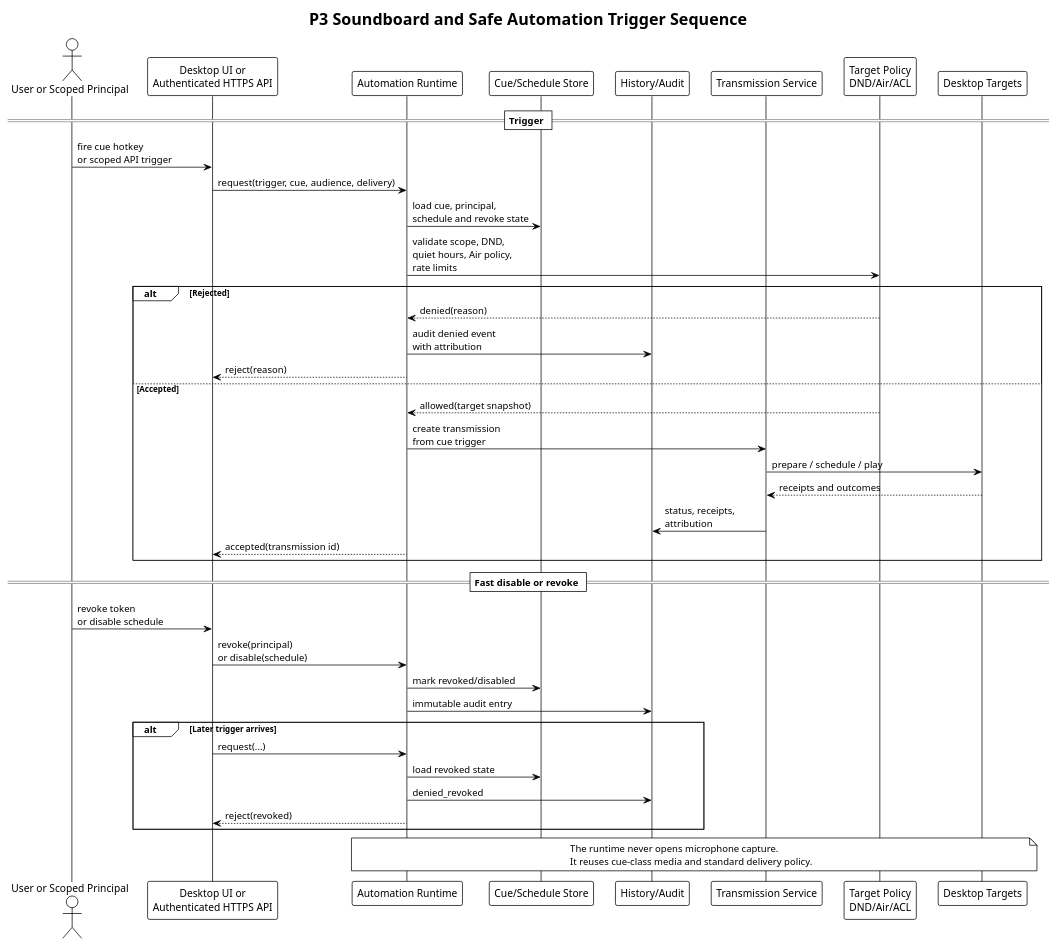
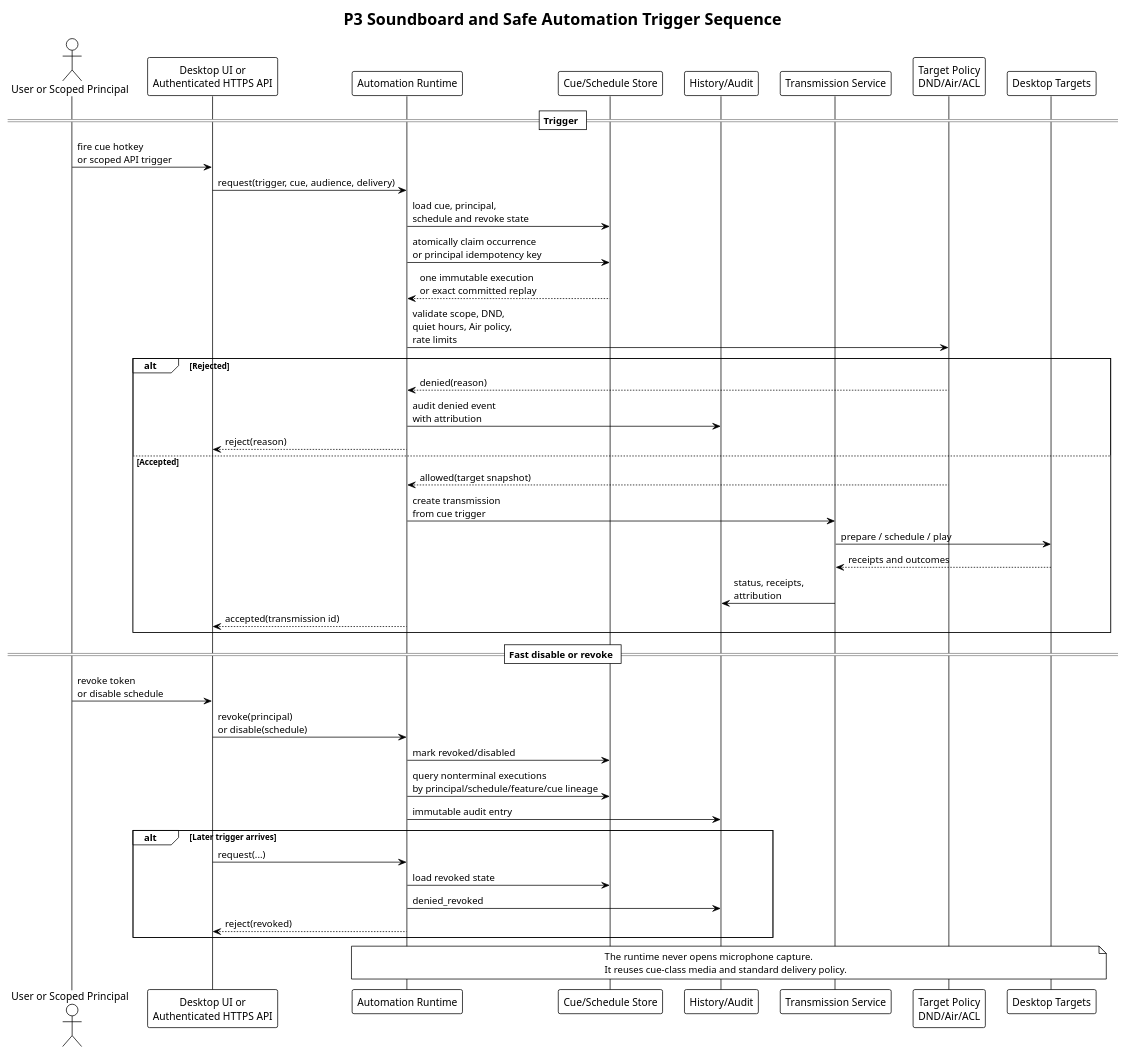
Before and after one commit to relux-works/barycenter: the diagram in docs/diagrams/p3-soundboard-automation-sequence.puml, drawn with PlantUML. The commit also changed 11 other files, not shown here.

Commit message:
feat(automation): persist schedule execution lineage

```diff
--- a/docs/diagrams/p3-soundboard-automation-sequence.puml
+++ b/docs/diagrams/p3-soundboard-automation-sequence.puml
@@ -1,52 +1,55 @@
 @startuml
 !theme plain
 
 title P3 Soundboard and Safe Automation Trigger Sequence
 
 actor "User or Scoped Principal" as Actor
 participant "Desktop UI or\nAuthenticated HTTPS API" as Surface
 participant "Automation Runtime" as Runtime
 participant "Cue/Schedule Store" as Store
 participant "History/Audit" as History
 participant "Transmission Service" as Tx
 participant "Target Policy\nDND/Air/ACL" as Policy
 participant "Desktop Targets" as Targets
 
 == Trigger ==
 Actor -> Surface: fire cue hotkey\nor scoped API trigger
 Surface -> Runtime: request(trigger, cue, audience, delivery)
 Runtime -> Store: load cue, principal,\nschedule and revoke state
+Runtime -> Store: atomically claim occurrence\nor principal idempotency key
+Store --> Runtime: one immutable execution\nor exact committed replay
 Runtime -> Policy: validate scope, DND,\nquiet hours, Air policy,\nrate limits
 
 alt Rejected
   Policy --> Runtime: denied(reason)
   Runtime -> History: audit denied event\nwith attribution
   Runtime --> Surface: reject(reason)
 else Accepted
   Policy --> Runtime: allowed(target snapshot)
   Runtime -> Tx: create transmission\nfrom cue trigger
   Tx -> Targets: prepare / schedule / play
   Targets --> Tx: receipts and outcomes
   Tx -> History: status, receipts,\nattribution
   Runtime --> Surface: accepted(transmission id)
 end
 
 == Fast disable or revoke ==
 Actor -> Surface: revoke token\nor disable schedule
 Surface -> Runtime: revoke(principal)\nor disable(schedule)
 Runtime -> Store: mark revoked/disabled
+Runtime -> Store: query nonterminal executions\nby principal/schedule/feature/cue lineage
 Runtime -> History: immutable audit entry
 
 alt Later trigger arrives
   Surface -> Runtime: request(...)
   Runtime -> Store: load revoked state
   Runtime -> History: denied_revoked
   Runtime --> Surface: reject(revoked)
 end
 
 note over Runtime,Targets
   The runtime never opens microphone capture.
   It reuses cue-class media and standard delivery policy.
 end note
 
 @enduml
```
